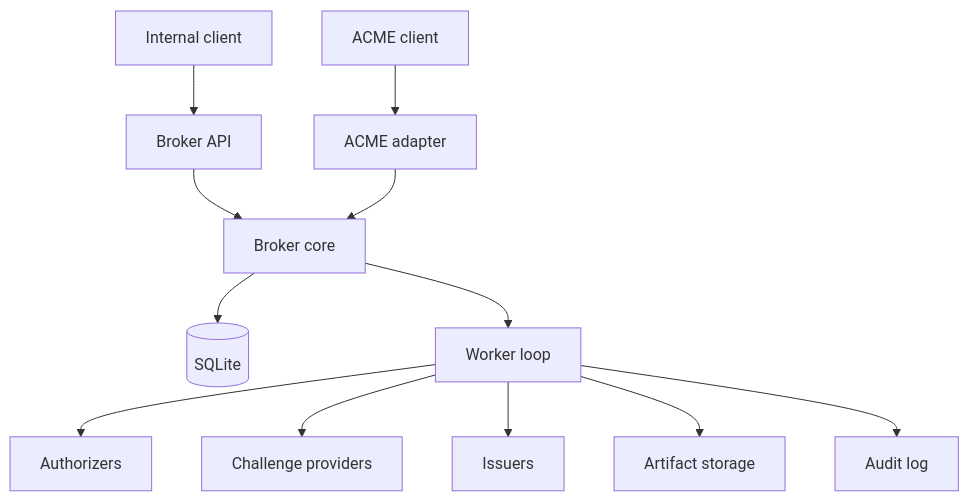
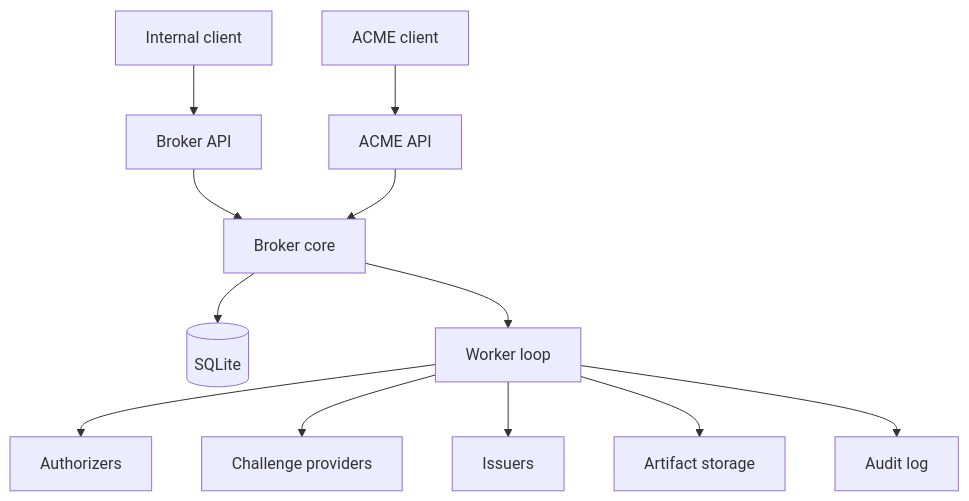
One commit to rohzb/acmed changed the first of 2 diagrams in docs/architecture.md. Above: the diagram before and after it, drawn with Mermaid. The commit also changed other lines of this file and 11 other files, not shown here.

````diff
--- a/docs/architecture.md
+++ b/docs/architecture.md
@@ -86,14 +87,14 @@
 ```mermaid
 graph TD
+  ACMEClient[ACME client] --> ACME[ACME API]
   Client[Internal client] --> BrokerAPI[Broker API]
-  ACMEClient[ACME client] --> ACME[ACME adapter]
   BrokerAPI --> Core[Broker core]
   ACME --> Core
   Core --> DB[(SQLite)]
   Core --> Worker[Worker loop]
   Worker --> Authorizers[Authorizers]
   Worker --> Challenges[Challenge providers]
   Worker --> Issuers[Issuers]
   Worker --> Artifacts[Artifact storage]
   Worker --> Audit[Audit log]
 ```
````
